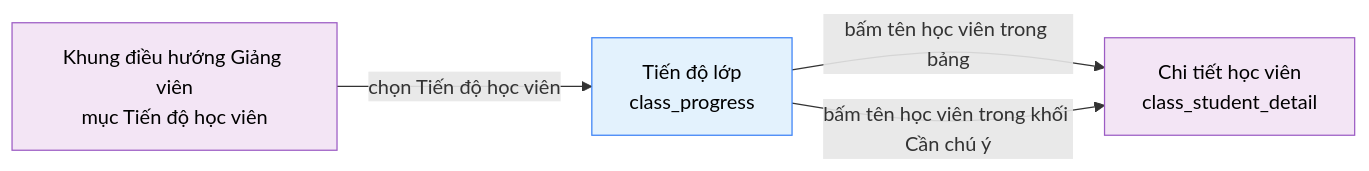
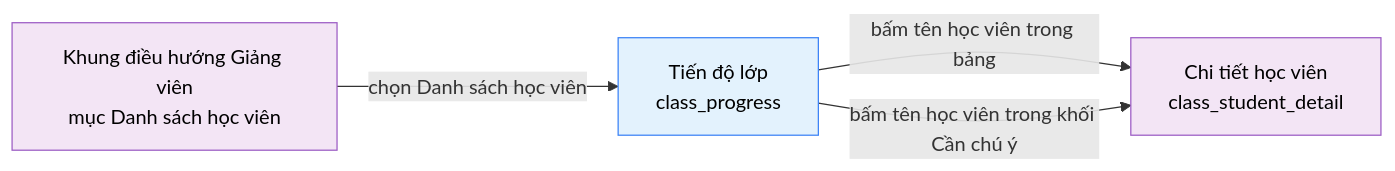
Before and after one commit to daiphu1801/PRJ_ALGOPREP: the diagram in 02-bd/screens/teacher/INS0203_class_progress.md, drawn with Mermaid. The commit also changed other lines of this file and 458 other files, not shown here.

````diff
--- a/02-bd/screens/teacher/INS0203_class_progress.md
+++ b/02-bd/screens/teacher/INS0203_class_progress.md
@@ -126,12 +133,12 @@
 ```mermaid
 flowchart LR
-    nav["Khung điều hướng Giảng viên<br/>mục Tiến độ học viên"] -->|"chọn Tiến độ học viên"| main["Tiến độ lớp<br/>class_progress"]
+    nav["Khung điều hướng Giảng viên<br/>mục Danh sách học viên"] -->|"chọn Danh sách học viên"| main["Tiến độ lớp<br/>class_progress"]
     main -->|"bấm tên học viên trong bảng"| detail["Chi tiết học viên<br/>class_student_detail"]
     main -->|"bấm tên học viên trong khối Cần chú ý"| detail
 
     classDef source fill:#F3E5F5,stroke:#9C5CC4,color:#000
     classDef screen fill:#E3F2FD,stroke:#3B82F6,color:#000
 
     class nav,detail source
     class main screen
 ```
````
